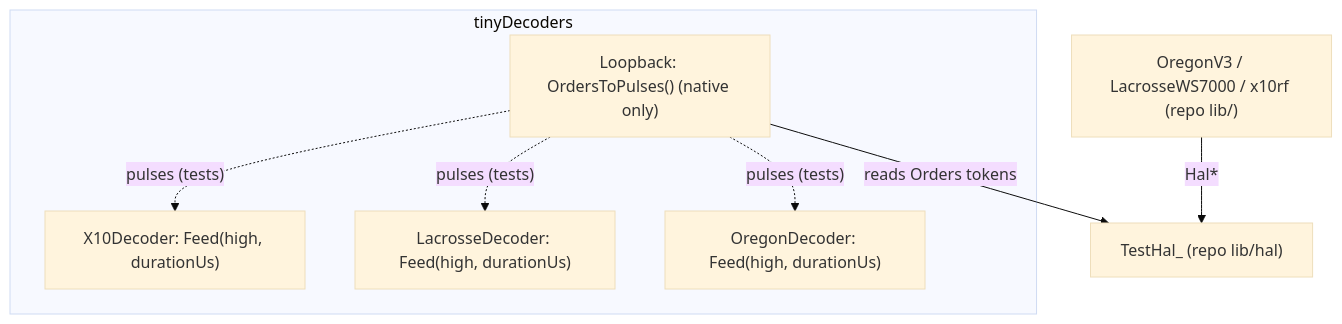
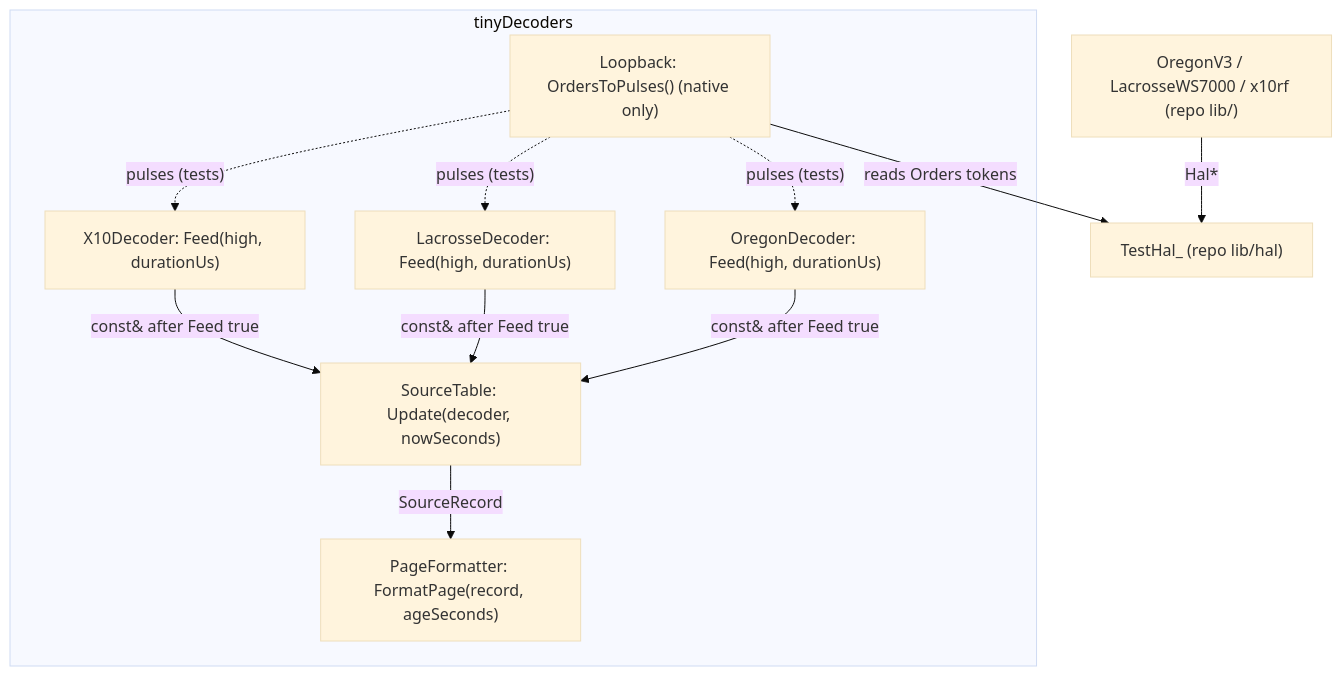
Before and after one commit to arcadien/tinySensor: the second of 2 diagrams in docs/architecture.md, drawn with Mermaid (base theme). The commit also changed other lines of this file, not shown here.

Commit message:
arch(FUNC-DECODE-006): add SourceTable and PageFormatter to tinyDecoders

````diff
--- a/docs/architecture.md
+++ b/docs/architecture.md
@@ -105,14 +105,20 @@
 ```mermaid
 graph TD
   subgraph tinyDecoders
     Loopback["Loopback: OrdersToPulses() (native only)"]
     X10Decoder["X10Decoder: Feed(high, durationUs)"]
     LacrosseDecoder["LacrosseDecoder: Feed(high, durationUs)"]
     OregonDecoder["OregonDecoder: Feed(high, durationUs)"]
+    SourceTable["SourceTable: Update(decoder, nowSeconds)"]
+    PageFormatter["PageFormatter: FormatPage(record, ageSeconds)"]
   end
+  X10Decoder -->|"const& after Feed true"| SourceTable
+  LacrosseDecoder -->|"const& after Feed true"| SourceTable
+  OregonDecoder -->|"const& after Feed true"| SourceTable
+  SourceTable -->|"SourceRecord"| PageFormatter
   Loopback -.->|"pulses (tests)"| X10Decoder
   Loopback -.->|"pulses (tests)"| LacrosseDecoder
   Loopback -.->|"pulses (tests)"| OregonDecoder
   Encoders["OregonV3 / LacrosseWS7000 / x10rf (repo lib/)"] -->|Hal*| TestHal["TestHal_ (repo lib/hal)"]
   Loopback -->|"reads Orders tokens"| TestHal
 ```
````
